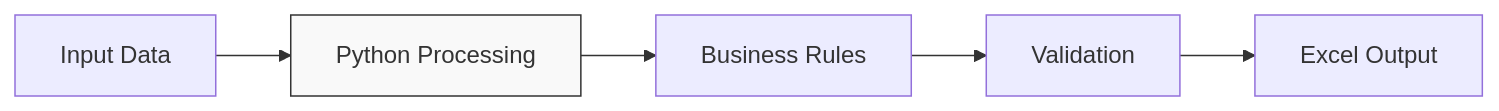
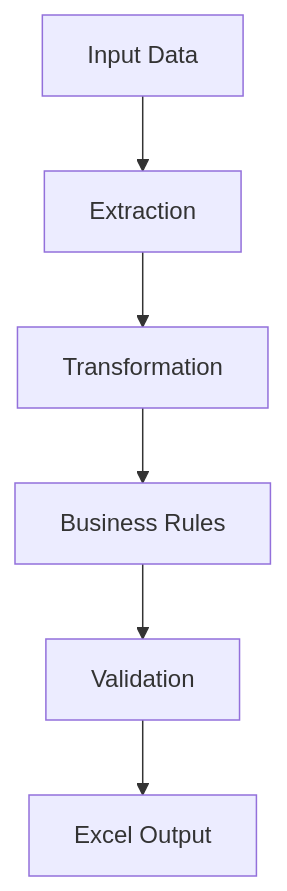
Before and after one commit to cjr3195/enterprise-data-automation: the third of 9 diagrams in README.md, drawn with Mermaid. The commit also changed other lines of this file, not shown here.

````diff
--- a/README.md
+++ b/README.md
@@ -31,8 +71,8 @@
 ```mermaid
-graph LR
-    A[Input Data] --> B[Python Processing]
-    B --> C[Business Rules]
-    C --> D[Validation]
-    D --> E[Excel Output]
-    style B fill:#f9f9f9,stroke:#333,stroke-width:1px
+graph TD
+    A[Input Data] --> B[Extraction]
+    B --> C[Transformation]
+    C --> D[Business Rules]
+    D --> E[Validation]
+    E --> F[Excel Output]
 ```
````
